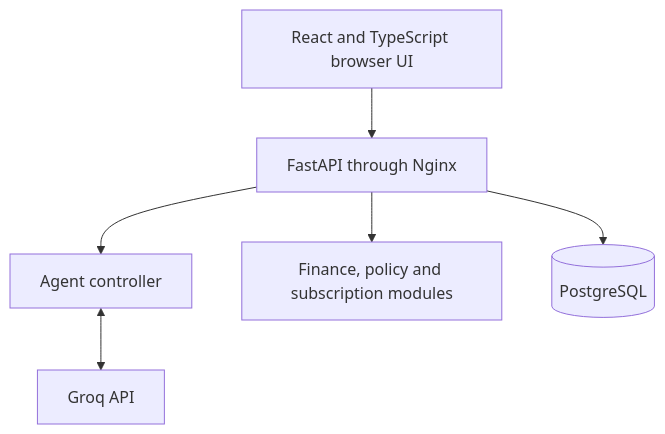
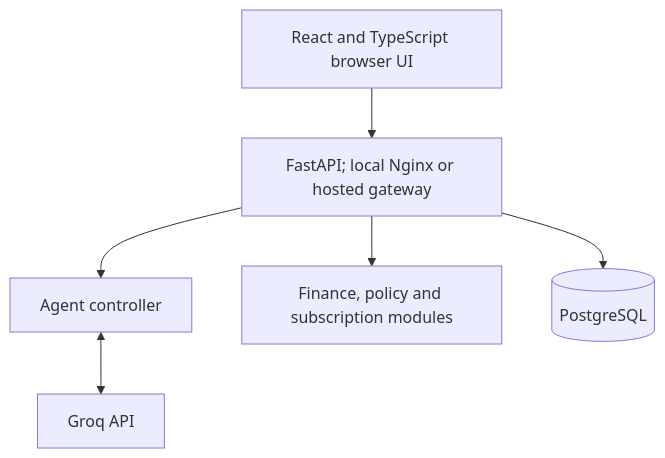
Before and after one commit to fvia88/ai-banking-agent: the first of 4 diagrams in docs/agent/technical_documentation.md, drawn with Mermaid. The commit also changed other lines of this file and 2 other files, not shown here.

````diff
--- a/docs/agent/technical_documentation.md
+++ b/docs/agent/technical_documentation.md
@@ -39,9 +45,9 @@
 ```mermaid
 %% architecture
 flowchart TD
-  UI[React and TypeScript browser UI] --> API[FastAPI through Nginx]
+  UI[React and TypeScript browser UI] --> API[FastAPI; local Nginx or hosted gateway]
   API --> Agent[Agent controller]
   API --> Modules[Finance, policy and subscription modules]
   API --> DB[(PostgreSQL)]
   Agent <--> LLM[Groq API]
 ```
````
